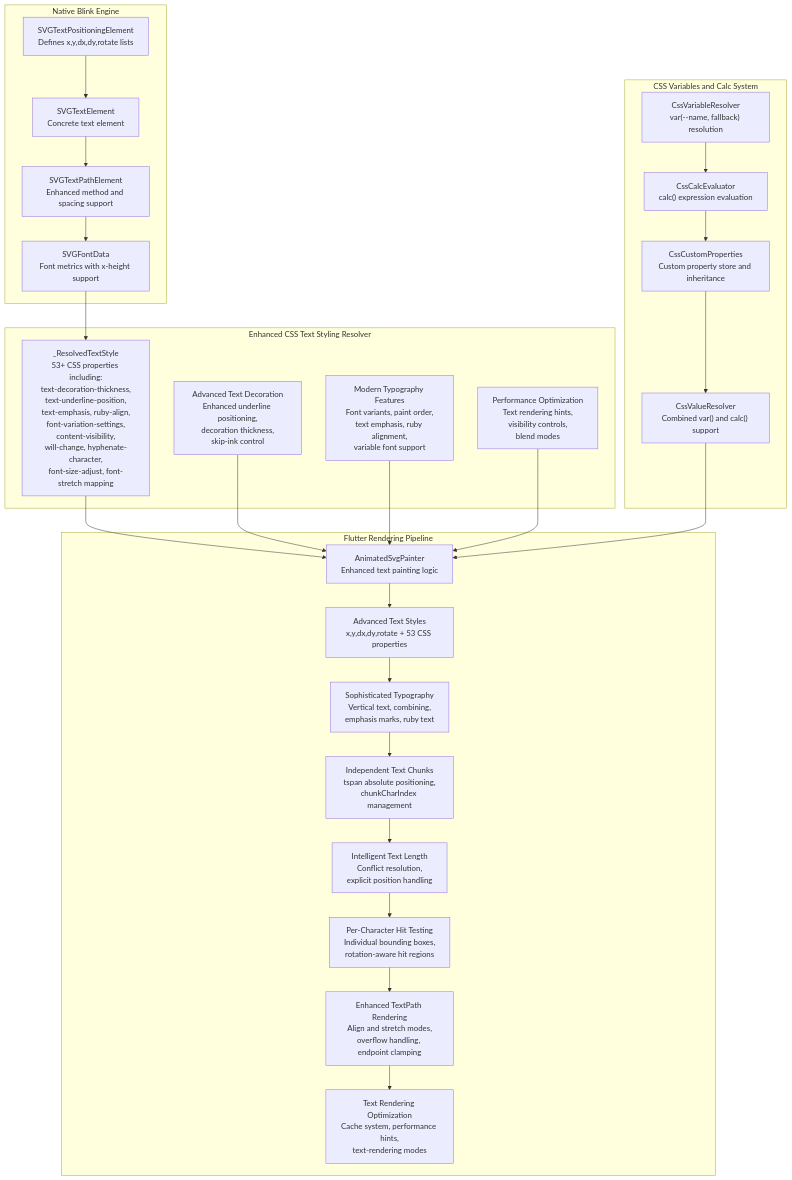
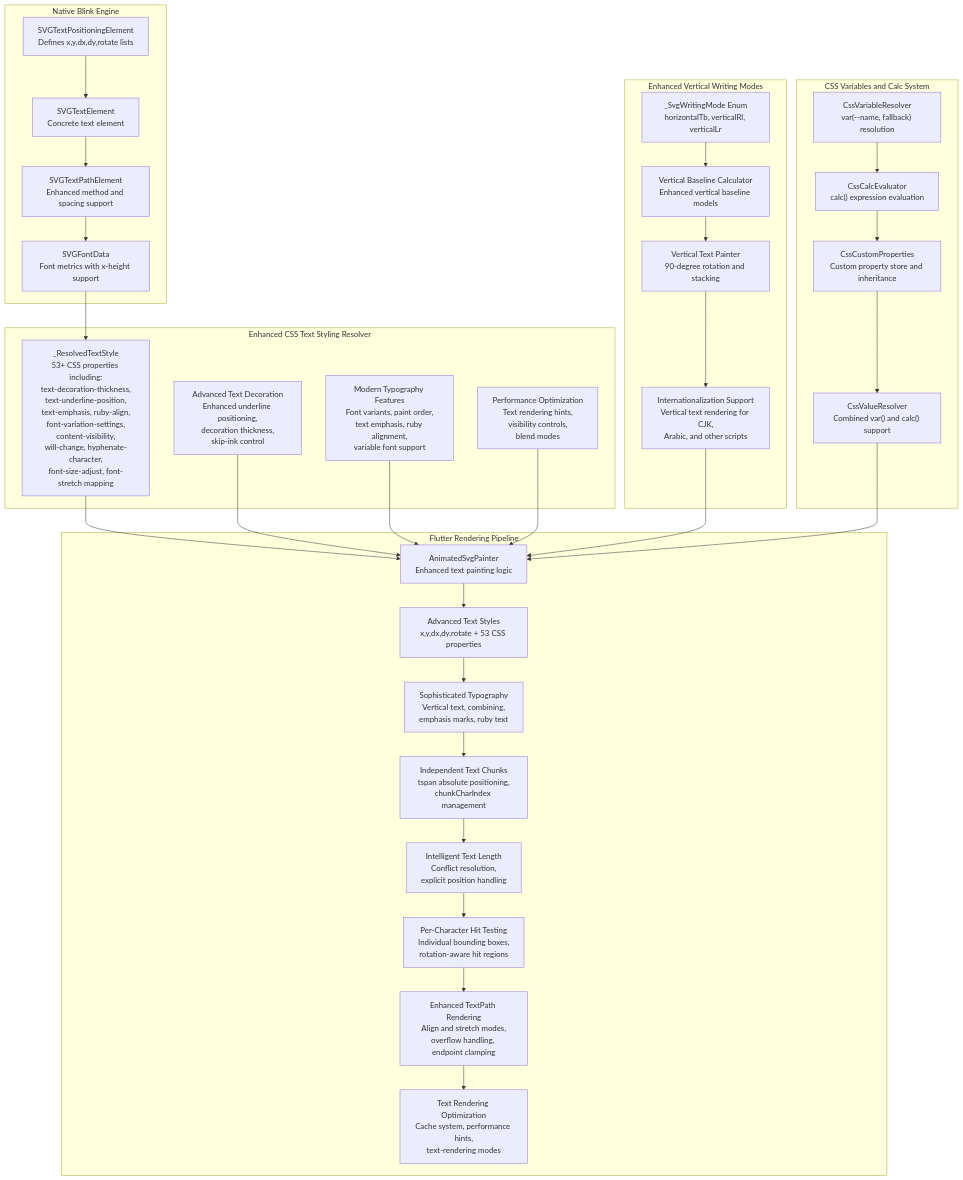
One commit to denisnadey/flutter_full_svg_support changed the first of 5 diagrams in .qoder/repowiki/en/content/Animated SVG Support/Text Positioning Attributes.md. Above: the diagram before and after it, drawn with Mermaid. The commit also changed other lines of this file and 30 other files, not shown here.

First line of the commit message:
feat(svg): enhance use element symbol inheritance with full CSS cascade support

````diff
--- a/.qoder/repowiki/en/content/Animated SVG Support/Text Positioning Attributes.md
+++ b/.qoder/repowiki/en/content/Animated SVG Support/Text Positioning Attributes.md
@@ -85,50 +85,60 @@
 ```mermaid
 graph TB
 subgraph "Native Blink Engine"
 A["SVGTextPositioningElement<br/>Defines x,y,dx,dy,rotate lists"]
 B["SVGTextElement<br/>Concrete text element"]
 C["SVGTextPathElement<br/>Enhanced method and spacing support"]
 D["SVGFontData<br/>Font metrics with x-height support"]
 end
 subgraph "Enhanced CSS Text Styling Resolver"
 E["_ResolvedTextStyle<br/>53+ CSS properties including:<br/>text-decoration-thickness,<br/>text-underline-position,<br/>text-emphasis, ruby-align,<br/>font-variation-settings,<br/>content-visibility,<br/>will-change, hyphenate-character,<br/>font-size-adjust, font-stretch mapping"]
 F["Advanced Text Decoration<br/>Enhanced underline positioning,<br/>decoration thickness,<br/>skip-ink control"]
 G["Modern Typography Features<br/>Font variants, paint order,<br/>text emphasis, ruby alignment,<br/>variable font support"]
 H["Performance Optimization<br/>Text rendering hints,<br/>visibility controls,<br/>blend modes"]
 end
+subgraph "Enhanced Vertical Writing Modes"
+I["_SvgWritingMode Enum<br/>horizontalTb, verticalRl, verticalLr"]
+J["Vertical Baseline Calculator<br/>Enhanced vertical baseline models"]
+K["Vertical Text Painter<br/>90-degree rotation and stacking"]
+L["Internationalization Support<br/>Vertical text rendering for CJK,<br/>Arabic, and other scripts"]
+end
 subgraph "CSS Variables and Calc System"
-I["CssVariableResolver<br/>var(--name, fallback) resolution"]
-J["CssCalcEvaluator<br/>calc() expression evaluation"]
-K["CssCustomProperties<br/>Custom property store and inheritance"]
-L["CssValueResolver<br/>Combined var() and calc() support"]
+M["CssVariableResolver<br/>var(--name, fallback) resolution"]
+N["CssCalcEvaluator<br/>calc() expression evaluation"]
+O["CssCustomProperties<br/>Custom property store and inheritance"]
+P["CssValueResolver<br/>Combined var() and calc() support"]
 end
 subgraph "Flutter Rendering Pipeline"
-M["AnimatedSvgPainter<br/>Enhanced text painting logic"]
-N["Advanced Text Styles<br/>x,y,dx,dy,rotate + 53 CSS properties"]
-O["Sophisticated Typography<br/>Vertical text, combining,<br/>emphasis marks, ruby text"]
-P["Independent Text Chunks<br/>tspan absolute positioning,<br/>chunkCharIndex management"]
-Q["Intelligent Text Length<br/>Conflict resolution,<br/>explicit position handling"]
-R["Per-Character Hit Testing<br/>Individual bounding boxes,<br/>rotation-aware hit regions"]
-S["Enhanced TextPath Rendering<br/>Align and stretch modes,<br/>overflow handling, endpoint clamping"]
-T["Text Rendering Optimization<br/>Cache system, performance hints,<br/>text-rendering modes"]
+Q["AnimatedSvgPainter<br/>Enhanced text painting logic"]
+R["Advanced Text Styles<br/>x,y,dx,dy,rotate + 53 CSS properties"]
+S["Sophisticated Typography<br/>Vertical text, combining,<br/>emphasis marks, ruby text"]
+T["Independent Text Chunks<br/>tspan absolute positioning,<br/>chunkCharIndex management"]
+U["Intelligent Text Length<br/>Conflict resolution,<br/>explicit position handling"]
+V["Per-Character Hit Testing<br/>Individual bounding boxes,<br/>rotation-aware hit regions"]
+W["Enhanced TextPath Rendering<br/>Align and stretch modes,<br/>overflow handling, endpoint clamping"]
+X["Text Rendering Optimization<br/>Cache system, performance hints,<br/>text-rendering modes"]
 end
 A --> B
 B --> C
 C --> D
 D --> E
-E --> M
-F --> M
-G --> M
-H --> M
+E --> Q
+F --> Q
+G --> Q
+H --> Q
 I --> J
 J --> K
 K --> L
-L --> M
+L --> Q
 M --> N
 N --> O
 O --> P
 P --> Q
 Q --> R
 R --> S
 S --> T
+T --> U
+U --> V
+V --> W
+W --> X
 ```
````
